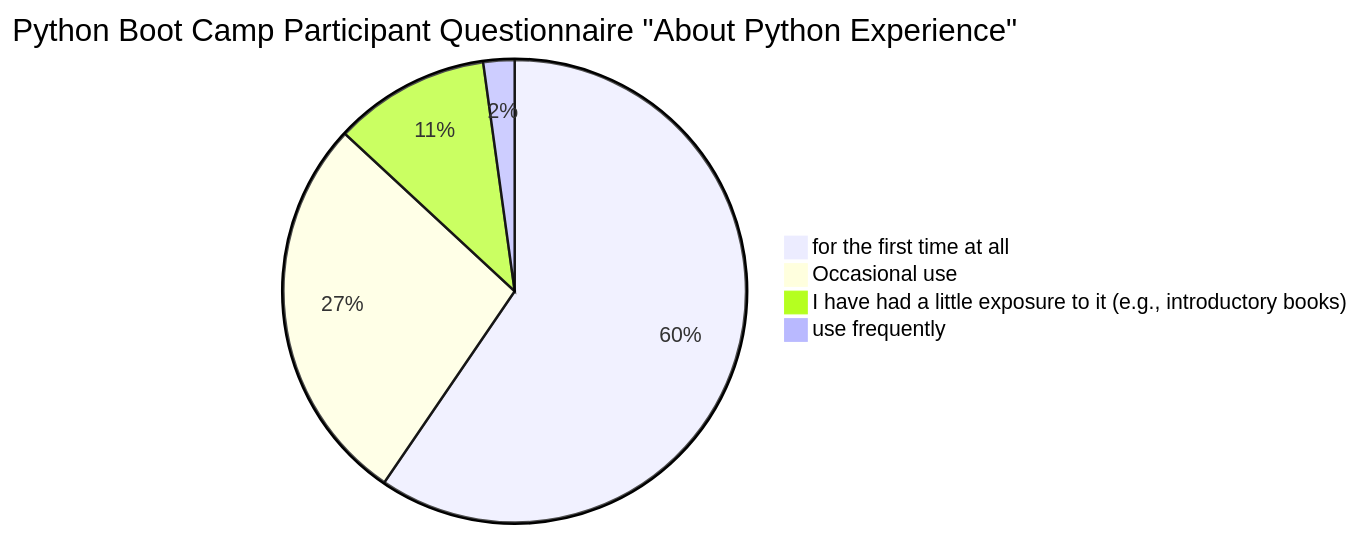
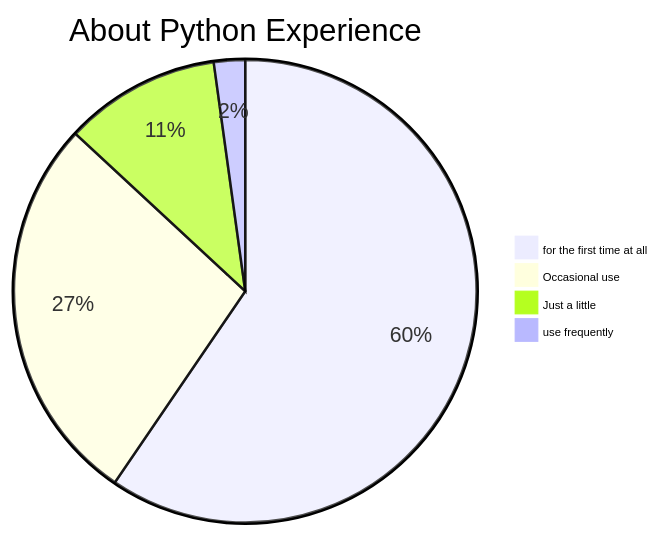
Before and after one commit to ryu22e/pyconapac2023-postersession-docs: the diagram in source/about/pycamp_survey1.en.mmd, drawn with Mermaid. The commit also changed 14 other files, not shown here.

```diff
--- a/source/about/pycamp_survey1.en.mmd
+++ b/source/about/pycamp_survey1.en.mmd
@@ -1,6 +1,7 @@
+%%{init: {"themeVariables": {"pieLegendTextSize": "9px"}} }%%
 pie
-    title Python Boot Camp Participant Questionnaire "About Python Experience"
+    title About Python Experience
     "for the first time at all" : 59.523809523809526
     "Occasional use" : 27.380952380952383
-    "I have had a little exposure to it (e.g., introductory books)" : 10.912698412698413
+    "Just a little" : 10.912698412698413
     "use frequently" : 2.1825396825396823
```
